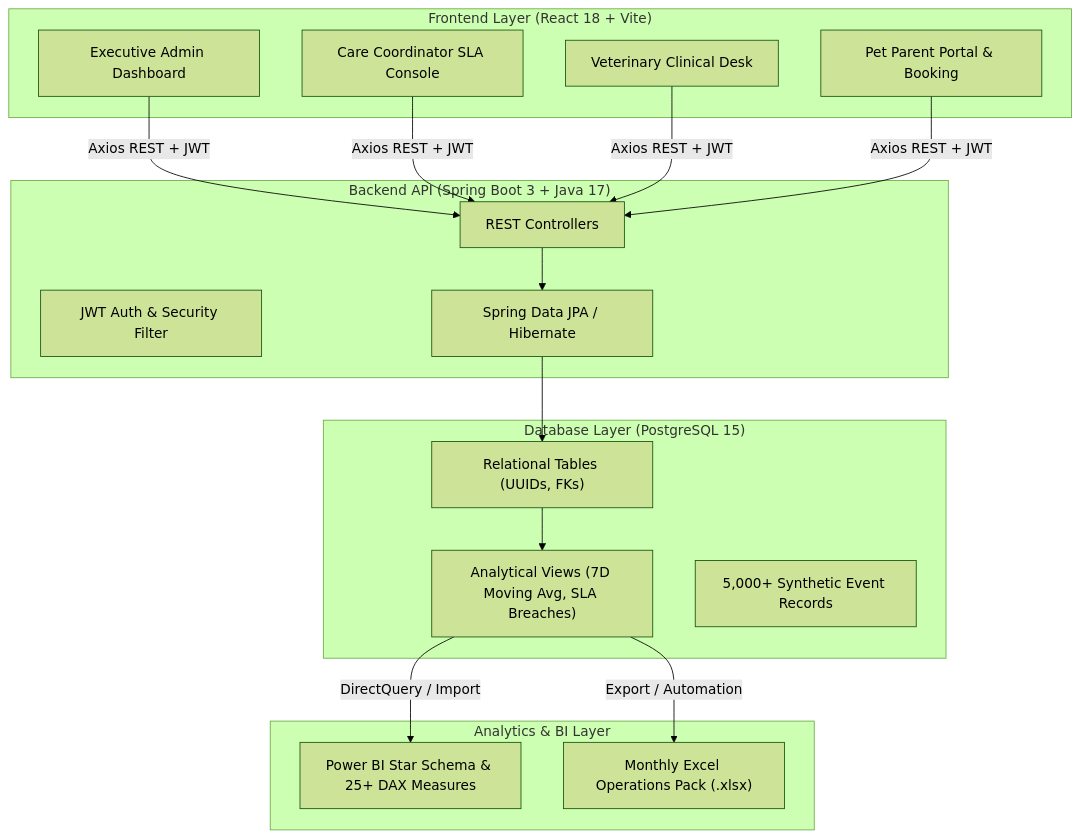
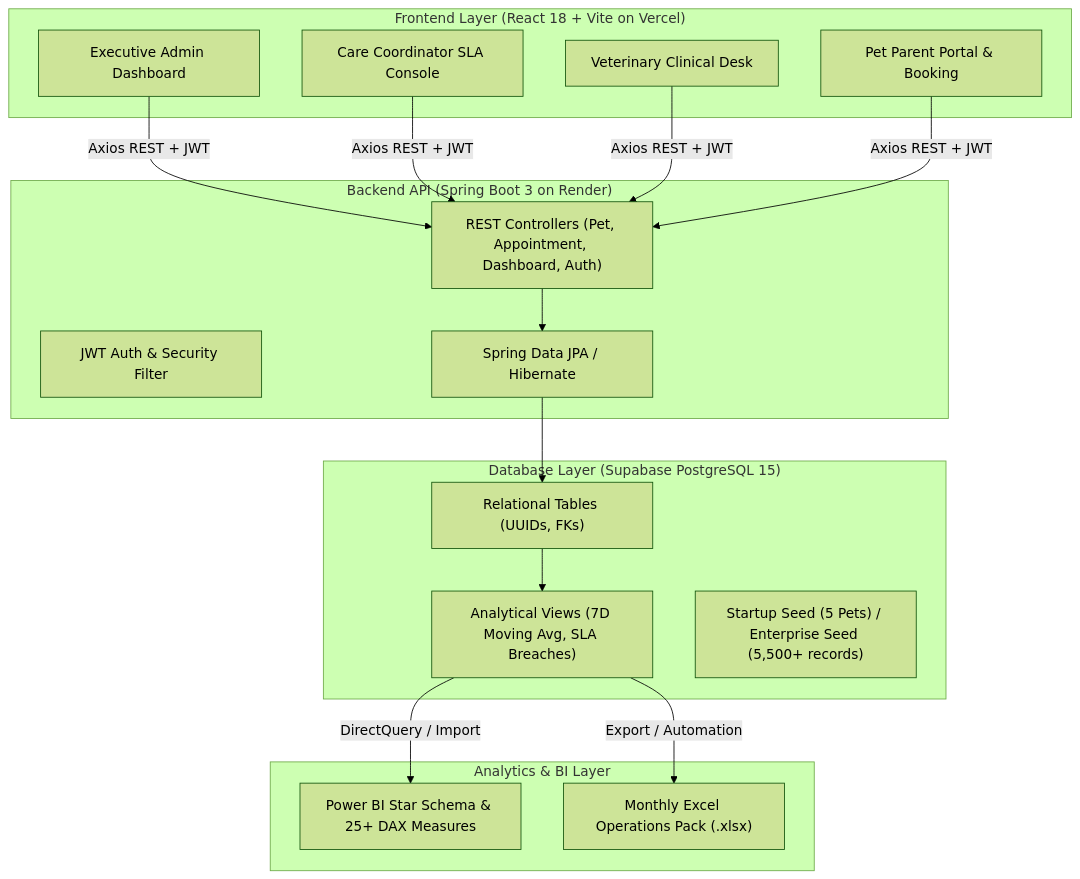
Before and after one commit to SohamPandey670/pawpulse: the diagram in README.md, drawn with Mermaid (forest theme). The commit also changed other lines of this file and 7 other files, not shown here.

Commit message:
docs: synchronize all documentation, API specs, database guides, and startup seed dataset

````diff
--- a/README.md
+++ b/README.md
@@ -15,32 +19,32 @@
 ```mermaid
 graph TB
-    subgraph "Frontend Layer (React 18 + Vite)"
+    subgraph "Frontend Layer (React 18 + Vite on Vercel)"
         A["Executive Admin Dashboard"]
         B["Care Coordinator SLA Console"]
         C["Veterinary Clinical Desk"]
         D["Pet Parent Portal & Booking"]
     end
 
-    subgraph "Backend API (Spring Boot 3 + Java 17)"
+    subgraph "Backend API (Spring Boot 3 on Render)"
         E["JWT Auth & Security Filter"]
-        F["REST Controllers"]
+        F["REST Controllers (Pet, Appointment, Dashboard, Auth)"]
         G["Spring Data JPA / Hibernate"]
     end
 
-    subgraph "Database Layer (PostgreSQL 15)"
+    subgraph "Database Layer (Supabase PostgreSQL 15)"
         H["Relational Tables (UUIDs, FKs)"]
         I["Analytical Views (7D Moving Avg, SLA Breaches)"]
-        J["5,000+ Synthetic Event Records"]
+        J["Startup Seed (5 Pets) / Enterprise Seed (5,500+ records)"]
     end
 
     subgraph "Analytics & BI Layer"
         K["Power BI Star Schema & 25+ DAX Measures"]
         L["Monthly Excel Operations Pack (.xlsx)"]
     end
 
     A & B & C & D -->|Axios REST + JWT| F
     F --> G --> H
     H --> I
     I -->|DirectQuery / Import| K
     I -->|Export / Automation| L
 ```
````
